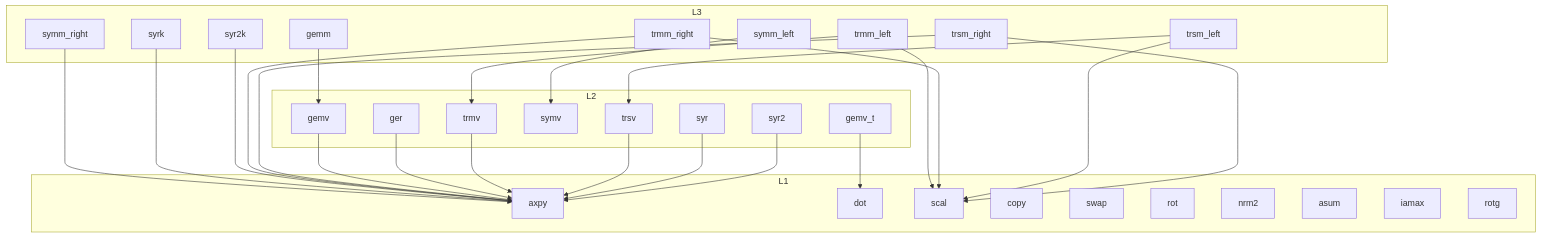
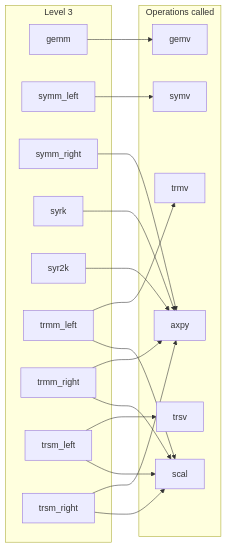
One commit to andy-emerson/blas.wasm changed the first of 2 diagrams in src/README.md. Above: the diagram before and after it, drawn with Mermaid. The commit also changed other lines of this file and 27 other files, not shown here.

````diff
--- a/src/README.md
+++ b/src/README.md
@@ -13,60 +18,35 @@
 ```mermaid
-graph TD
-  subgraph L3
+graph LR
+  subgraph L3["Level 3"]
     gemm
     symm_left
     symm_right
     syrk
     syr2k
     trmm_left
     trmm_right
     trsm_left
     trsm_right
   end
-
-  subgraph L2
+  subgraph L21["Operations called"]
     gemv
-    gemv_t
-    ger
     symv
     trmv
     trsv
-    syr
-    syr2
+    axpy
+    scal
   end
-
-  subgraph L1
-    axpy
-    dot
-    scal
-    copy
-    swap
-    rot
-    nrm2
-    asum
-    iamax
-    rotg
-  end
-
   gemm --> gemv
   symm_left --> symv
   symm_right --> axpy
   syrk --> axpy
   syr2k --> axpy
   trmm_left --> trmv
   trmm_left --> scal
   trmm_right --> axpy
   trmm_right --> scal
   trsm_left --> trsv
   trsm_left --> scal
   trsm_right --> axpy
   trsm_right --> scal
-
-  gemv --> axpy
-  gemv_t --> dot
-  ger --> axpy
-  trmv --> axpy
-  trsv --> axpy
-  syr --> axpy
-  syr2 --> axpy
 ```
````
